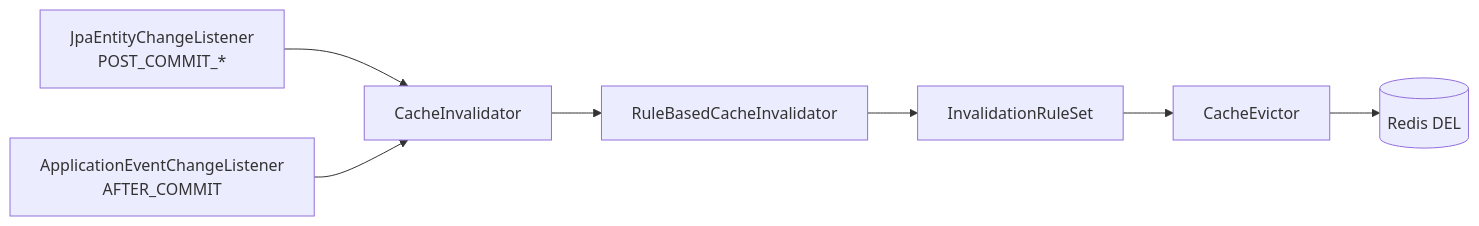
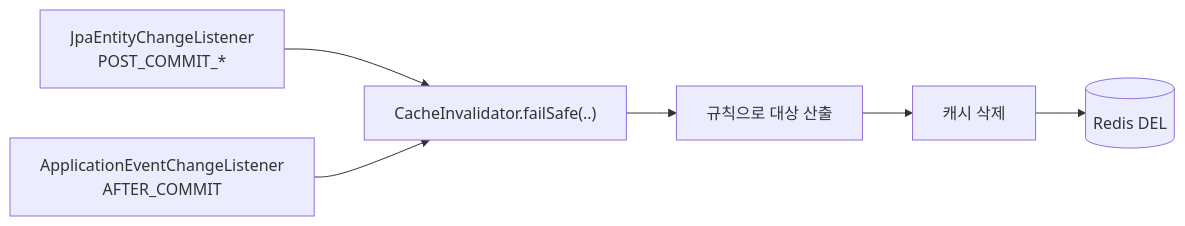
Before and after one commit to gmoon92/toy: the third of 3 diagrams in spring-cache/cache-invalidation-strategy/write-invalidate/README.md, drawn with Mermaid. The commit also changed other lines of this file and 3 other files, not shown here.

````diff
--- a/spring-cache/cache-invalidation-strategy/write-invalidate/README.md
+++ b/spring-cache/cache-invalidation-strategy/write-invalidate/README.md
@@ -93,9 +93,8 @@
 ```mermaid
 flowchart LR
     H["JpaEntityChangeListener<br/>POST_COMMIT_*"] --> S
     P["ApplicationEventChangeListener<br/>AFTER_COMMIT"] --> S
-    S["CacheInvalidator"] --> I[RuleBasedCacheInvalidator]
-    I --> RU[InvalidationRuleSet]
-    RU --> EV[CacheEvictor]
+    S["CacheInvalidator.failSafe(..)"] --> RU[규칙으로 대상 산출]
+    RU --> EV[캐시 삭제]
     EV --> C[(Redis DEL)]
 ```
````
